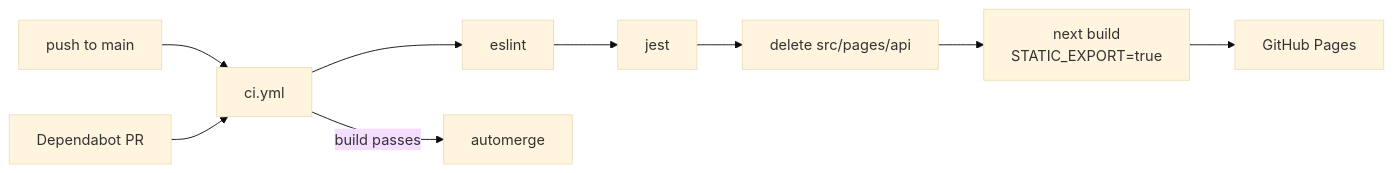
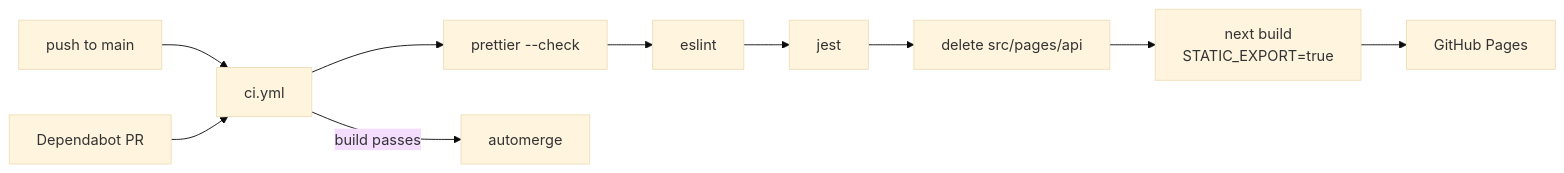
Before and after one commit to oleg-chibikov/guitar-upscale: diagram 11 of 11 in docs/architecture.md, drawn with Mermaid (base theme). The commit also changed other lines of this file and 11 other files, not shown here.

Commit message:
Add Prettier with Tailwind class sorting, pre-commit hook and CI check

````diff
--- a/docs/architecture.md
+++ b/docs/architecture.md
@@ -374,10 +374,10 @@
 ```mermaid
 flowchart LR
   Push["push to main"] --> CI["ci.yml"]
-  CI --> Lint["eslint"] --> Test["jest"]
+  CI --> Format["prettier --check"] --> Lint["eslint"] --> Test["jest"]
   Test --> Strip["delete src/pages/api"]
   Strip --> Build["next build<br/>STATIC_EXPORT=true"]
   Build --> Pages["GitHub Pages"]
   Dep["Dependabot PR"] --> CI
   CI -->|build passes| Merge["automerge"]
 ```
````
